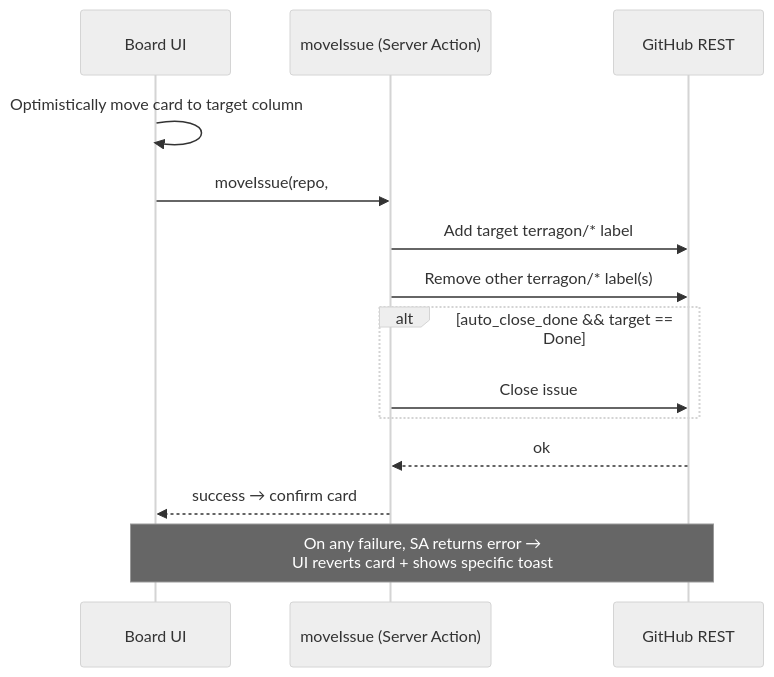
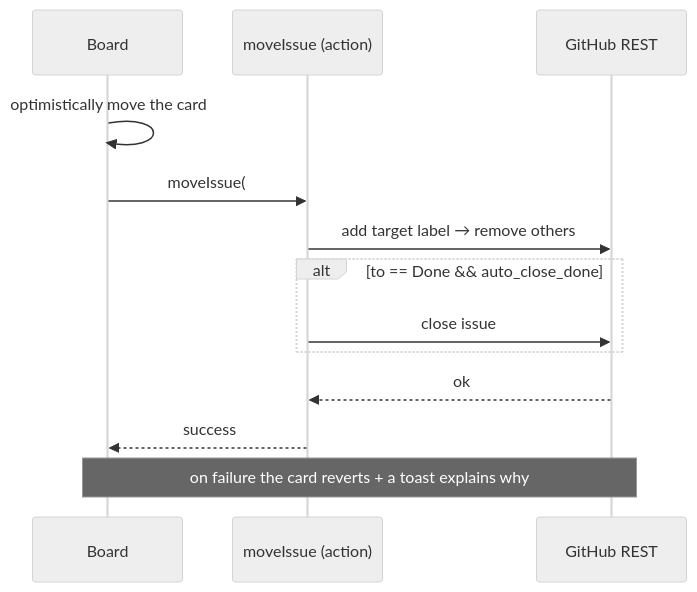
One commit to vedanta/terragon changed the sixth of 7 diagrams in docs/architecture.md. Above: the diagram before and after it, drawn with Mermaid (neutral theme). The commit also changed other lines of this file and 11 other files, not shown here.

````diff
--- a/docs/architecture.md
+++ b/docs/architecture.md
@@ -238,17 +155,15 @@
 ```mermaid
 sequenceDiagram
-  participant UI as Board UI
-  participant SA as moveIssue (Server Action)
+  participant UI as Board
+  participant SA as moveIssue (action)
   participant GH as GitHub REST
-
-  UI->>UI: Optimistically move card to target column
-  UI->>SA: moveIssue(repo, #, targetStatus)
-  SA->>GH: Add target terragon/* label
-  SA->>GH: Remove other terragon/* label(s)
-  alt auto_close_done && target == Done
-    SA->>GH: Close issue
+  UI->>UI: optimistically move the card
+  UI->>SA: moveIssue(#, from, to)
+  SA->>GH: add target label → remove others
+  alt to == Done && auto_close_done
+    SA->>GH: close issue
   end
   GH-->>SA: ok
-  SA-->>UI: success → confirm card
-  Note over UI,GH: On any failure, SA returns error →<br/>UI reverts card + shows specific toast
+  SA-->>UI: success
+  Note over UI,GH: on failure the card reverts + a toast explains why
 ```
````
